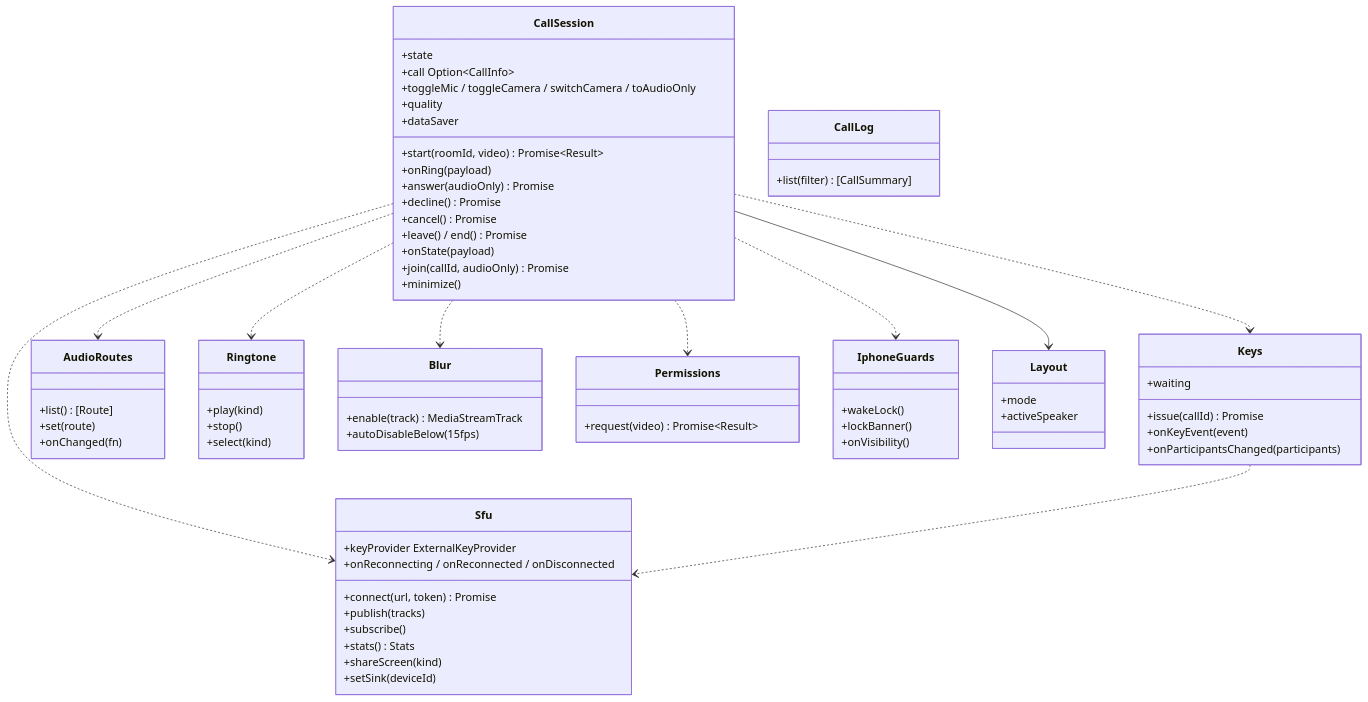
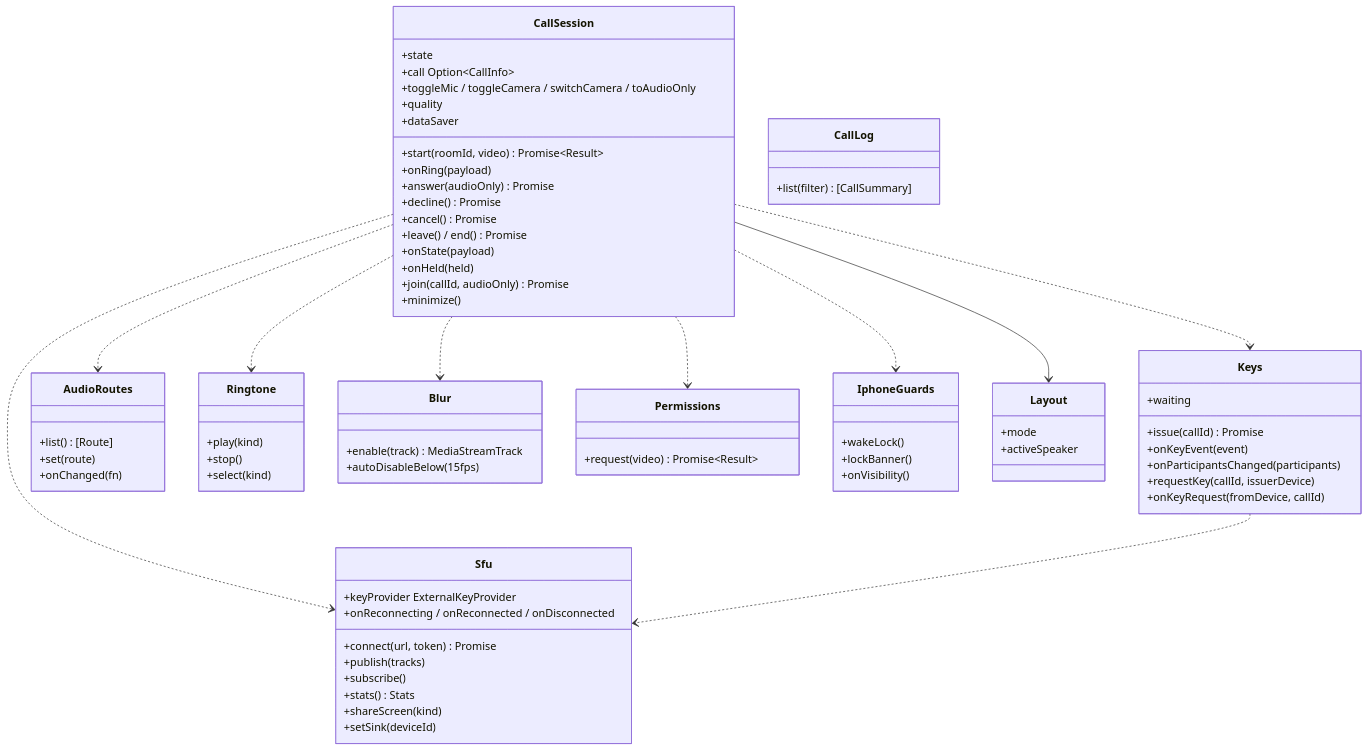
One commit to nrsd-ishikawasou/family-talk-pwa changed the diagram in dev/docs/jp/ブロック/web-calls.md. Above: the diagram before and after it, drawn with Mermaid. The commit also changed other lines of this file and 290 other files, not shown here.

````diff
--- a/dev/docs/jp/ブロック/web-calls.md
+++ b/dev/docs/jp/ブロック/web-calls.md
@@ -19,73 +44,76 @@
 ```mermaid
 classDiagram
   class CallSession {
     +state
     +call Option~CallInfo~
     +start(roomId, video) Promise~Result~
     +onRing(payload)
     +answer(audioOnly) Promise
     +decline() Promise
     +cancel() Promise
     +leave() / end() Promise
     +onState(payload)
+    +onHeld(held)
     +join(callId, audioOnly) Promise
     +toggleMic / toggleCamera / switchCamera / toAudioOnly
     +quality
     +dataSaver
     +minimize()
   }
   class Sfu {
     +connect(url, token) Promise
     +publish(tracks)
     +subscribe()
     +keyProvider ExternalKeyProvider
     +onReconnecting / onReconnected / onDisconnected
     +stats() Stats
     +shareScreen(kind)
     +setSink(deviceId)
   }
   class Keys {
     +issue(callId) Promise
     +onKeyEvent(event)
     +onParticipantsChanged(participants)
+    +requestKey(callId, issuerDevice)
+    +onKeyRequest(fromDevice, callId)
     +waiting
   }
   class AudioRoutes {
     +list() [Route]
     +set(route)
     +onChanged(fn)
   }
   class Ringtone {
     +play(kind)
     +stop()
     +select(kind)
   }
   class Blur {
     +enable(track) MediaStreamTrack
     +autoDisableBelow(15fps)
   }
   class Permissions {
     +request(video) Promise~Result~
   }
   class IphoneGuards {
     +wakeLock()
     +lockBanner()
     +onVisibility()
   }
   class Layout {
     +mode
     +activeSpeaker
   }
   class CallLog {
     +list(filter) [CallSummary]
   }
   CallSession ..> Sfu
   CallSession ..> Keys
   CallSession ..> AudioRoutes
   CallSession ..> Ringtone
   CallSession ..> Blur
   CallSession ..> Permissions
   CallSession ..> IphoneGuards
   CallSession --> Layout
   Keys ..> Sfu
 ```
````
